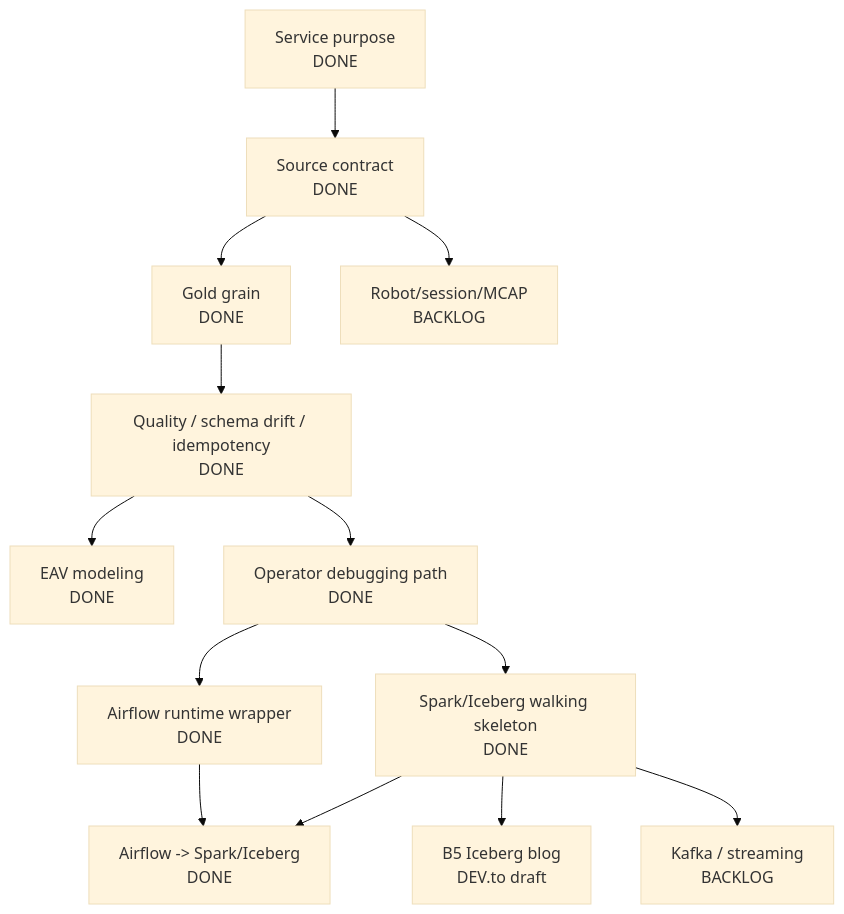
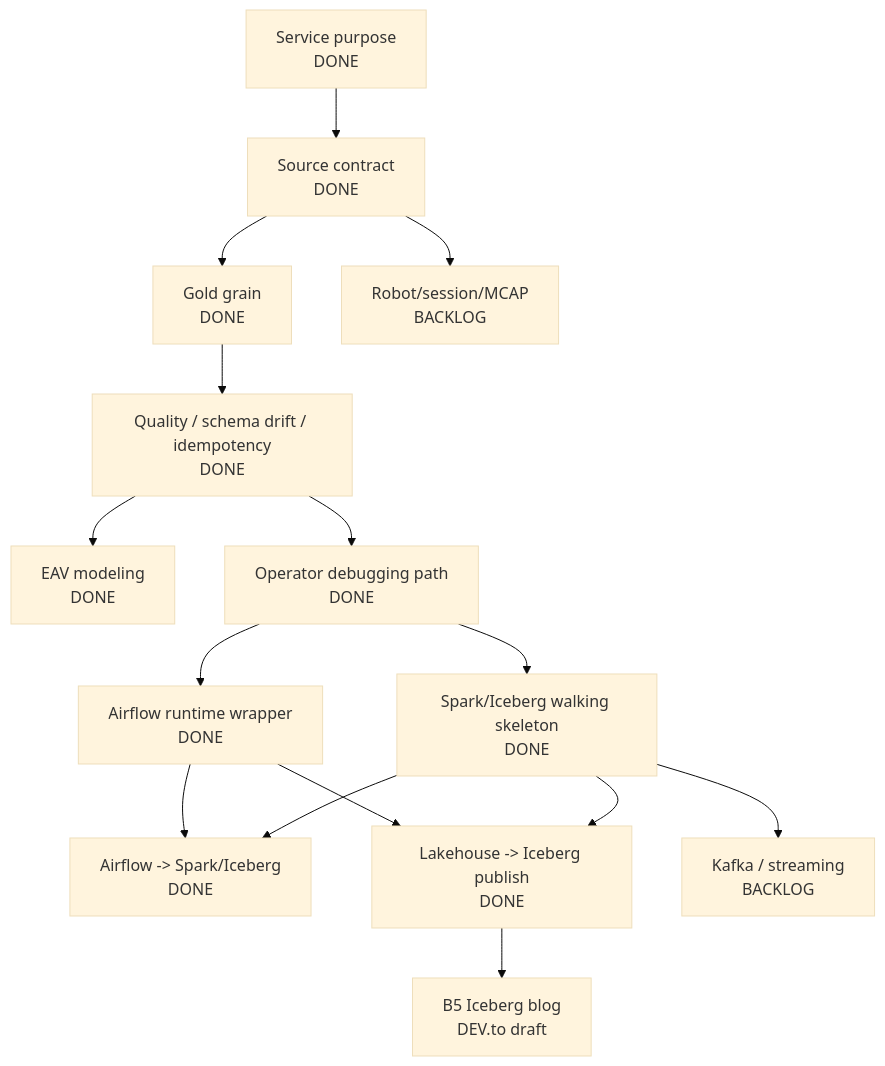
Before and after one commit to junhyun-dev/manufacturing-data-platform-mini: the second of 2 diagrams in PROJECT_PROGRESS_MAP.ko.md, drawn with Mermaid (base theme). The commit also changed other lines of this file and 14 other files, not shown here.

Commit message:
Add lakehouse to Iceberg publish DAG

````diff
--- a/PROJECT_PROGRESS_MAP.ko.md
+++ b/PROJECT_PROGRESS_MAP.ko.md
@@ -80,26 +84,29 @@
 ```mermaid
 flowchart TD
   purpose["Service purpose\nDONE"]
   source["Source contract\nDONE"]
   grain["Gold grain\nDONE"]
   quality["Quality / schema drift / idempotency\nDONE"]
   eav["EAV modeling\nDONE"]
   rca["Operator debugging path\nDONE"]
   airflow["Airflow runtime wrapper\nDONE"]
   iceberg["Spark/Iceberg walking skeleton\nDONE"]
   airflow_iceberg["Airflow -> Spark/Iceberg\nDONE"]
+  publish["Lakehouse -> Iceberg publish\nDONE"]
   b5["B5 Iceberg blog\nDEV.to draft"]
   streaming["Kafka / streaming\nBACKLOG"]
   robot["Robot/session/MCAP\nBACKLOG"]
 
   purpose --> source --> grain --> quality
   quality --> eav
   quality --> rca
   rca --> airflow
   rca --> iceberg
   airflow --> airflow_iceberg
   iceberg --> airflow_iceberg
-  iceberg --> b5
+  airflow --> publish
+  iceberg --> publish
+  publish --> b5
   iceberg --> streaming
   source --> robot
 ```
````
